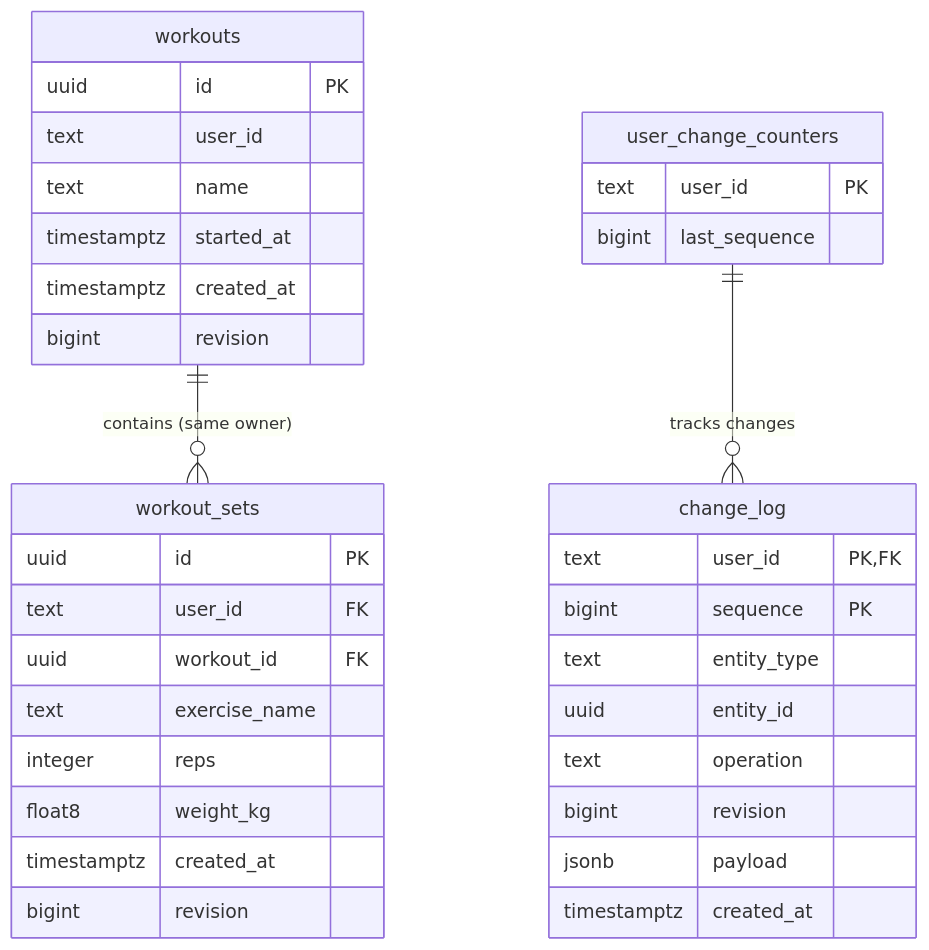
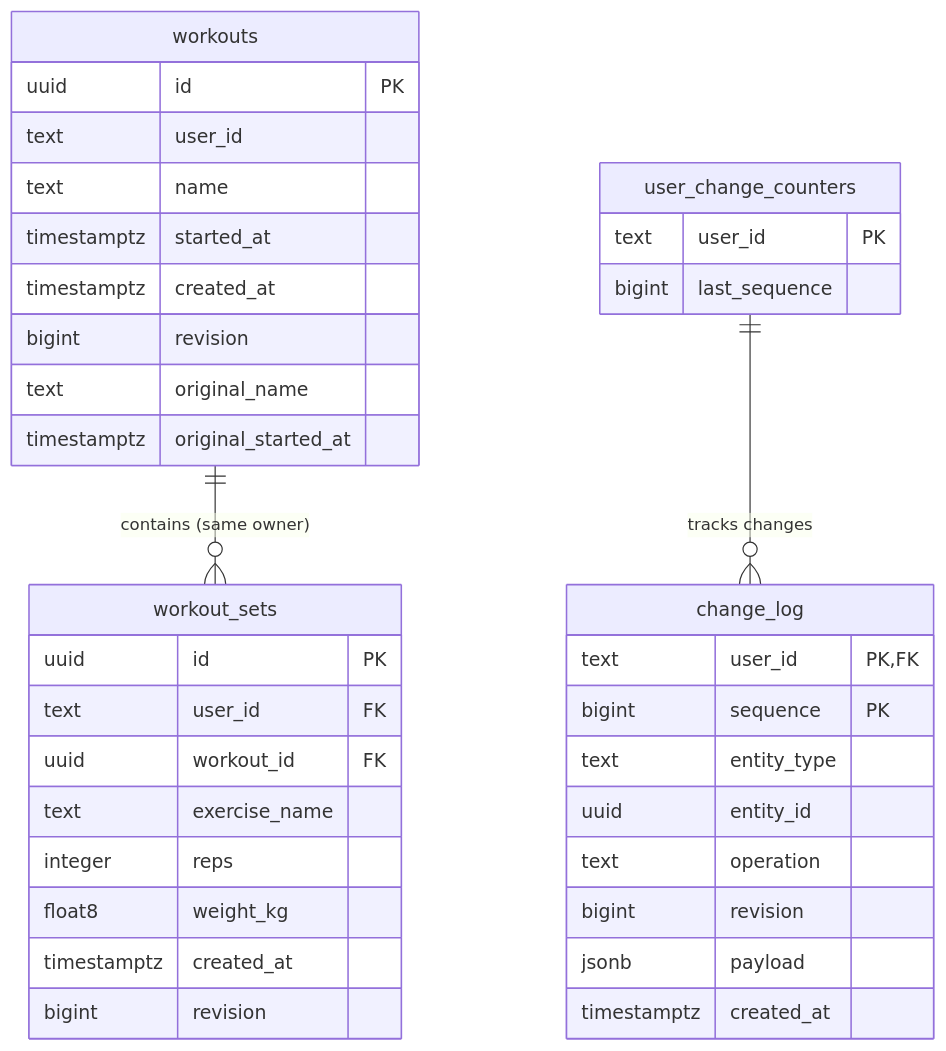
One commit to ullallulla/gym-app changed the diagram in PLAN.md. Above: the diagram before and after it, drawn with Mermaid. The commit also changed other lines of this file and 1 other file, not shown here.

````diff
--- a/PLAN.md
+++ b/PLAN.md
@@ -50,41 +51,43 @@
 ```mermaid
 erDiagram
     workouts ||--o{ workout_sets : "contains (same owner)"
     user_change_counters ||--o{ change_log : "tracks changes"
 
     workouts {
         uuid id PK
         text user_id
         text name
         timestamptz started_at
         timestamptz created_at
         bigint revision
+        text original_name
+        timestamptz original_started_at
     }
 
     workout_sets {
         uuid id PK
         text user_id FK
         uuid workout_id FK
         text exercise_name
         integer reps
         float8 weight_kg
         timestamptz created_at
         bigint revision
     }
 
     user_change_counters {
         text user_id PK
         bigint last_sequence
     }
 
     change_log {
         text user_id PK,FK
         bigint sequence PK
         text entity_type
         uuid entity_id
         text operation
         bigint revision
         jsonb payload
         timestamptz created_at
     }
 ```
````
